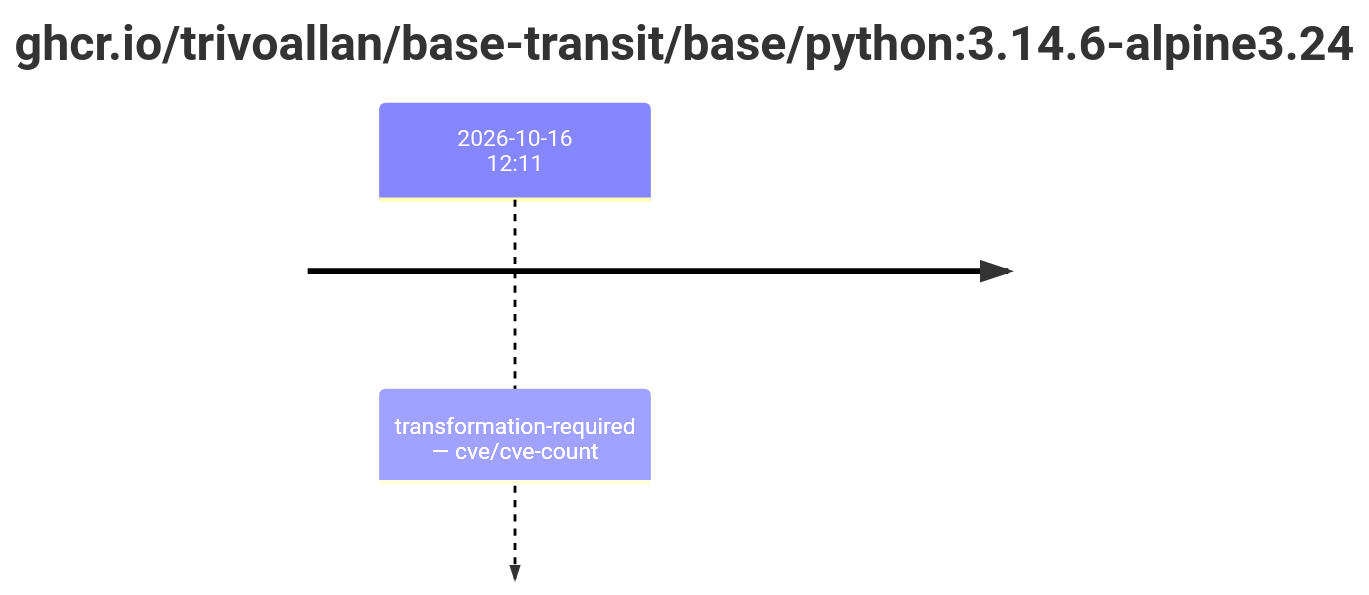
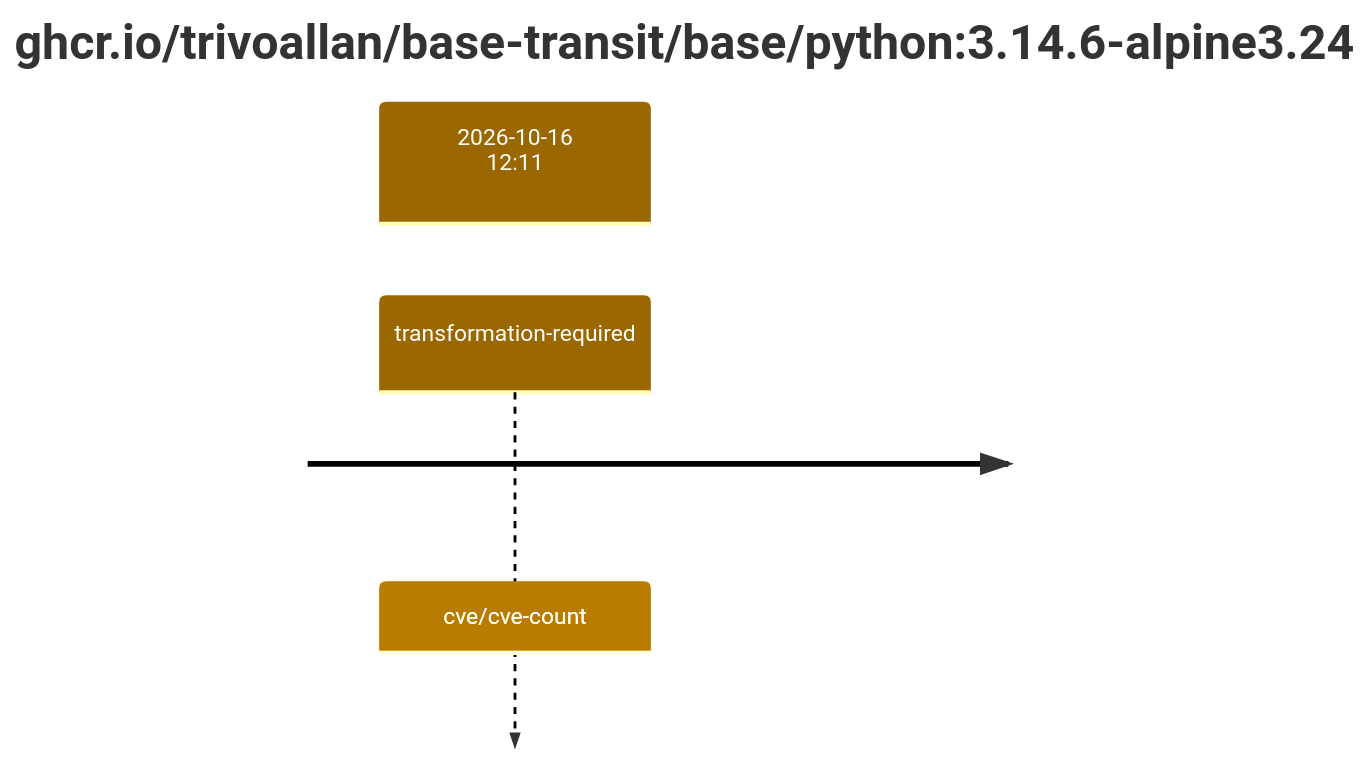
The second of 2 diagrams in results/reports/base-python-3/sha256:df76c26acfd5720410ad9ff0a05ed7985f4ea6fc1e4bc52b766b113583eaa0a6.md (trivoallan/base-images), drawn with Mermaid before and after one commit. The commit also changed other lines of this file and 12 other files, not shown here.

````diff
--- a/results/reports/base-python-3/sha256:df76c26acfd5720410ad9ff0a05ed7985f4ea6fc1e4bc52b766b113583eaa0a6.md
+++ b/results/reports/base-python-3/sha256:df76c26acfd5720410ad9ff0a05ed7985f4ea6fc1e4bc52b766b113583eaa0a6.md
@@ -21,5 +24,7 @@
 ```mermaid
+%%{init: {"theme": "default", "themeVariables": {"cScale0": "#9a6700", "cScaleLabel0": "#ffffff"}}}%%
 timeline
     title ghcr.io/trivoallan/base-transit/base/python#58;3.14.6-alpine3.24
-    2026-10-16 12#58;11 : transformation-required — cve/cve-count
+    section 2026-10-16 12#58;11
+        transformation-required : cve/cve-count
 ```
````
